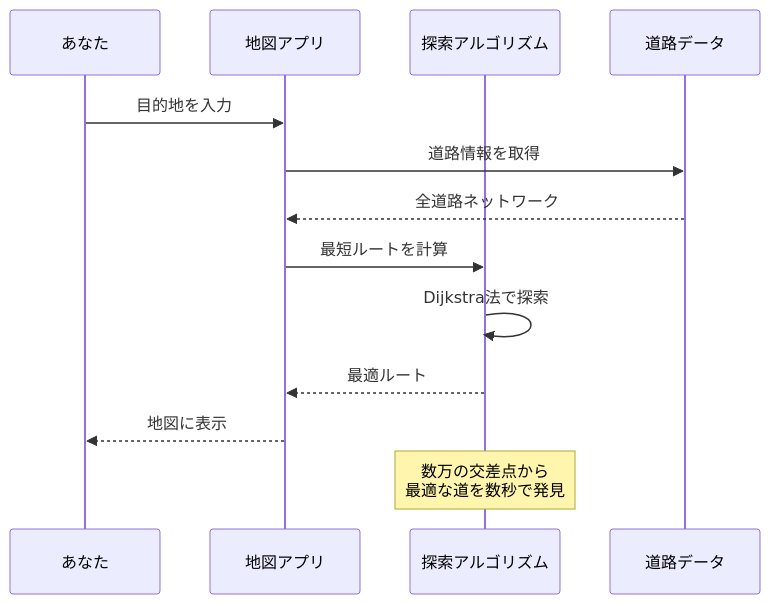
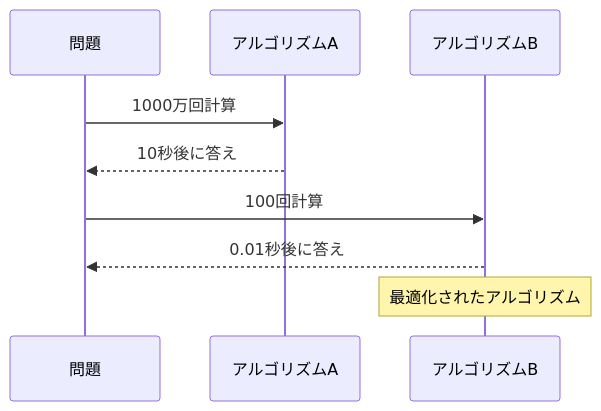
The fifth of 20 diagrams in AI/BySpecialty/InformationScience/README.MD (SparklingDetergent/doc_genai_mental_model), drawn with Mermaid before and after one commit. The commit also changed other lines of this file, not shown here.

````diff
--- a/AI/BySpecialty/InformationScience/README.MD
+++ b/AI/BySpecialty/InformationScience/README.MD
@@ -188,17 +140,14 @@
 ```mermaid
 sequenceDiagram
-    participant User as あなた
-    participant App as 地図アプリ
-    participant Algorithm as 探索アルゴリズム
-    participant Data as 道路データ
+    participant 問題
+    participant アルゴリズムA
+    participant アルゴリズムB
     
-    User->>App: 目的地を入力
-    App->>Data: 道路情報を取得
-    Data-->>App: 全道路ネットワーク
-    App->>Algorithm: 最短ルートを計算
-    Algorithm->>Algorithm: Dijkstra法で探索
-    Algorithm-->>App: 最適ルート
-    App-->>User: 地図に表示
+    問題->>アルゴリズムA: 1000万回計算
+    アルゴリズムA-->>問題: 10秒後に答え
     
-    Note over Algorithm: 数万の交差点から<br/>最適な道を数秒で発見
+    問題->>アルゴリズムB: 100回計算
+    アルゴリズムB-->>問題: 0.01秒後に答え
+    
+    Note over アルゴリズムB: 最適化されたアルゴリズム
 ```
````
